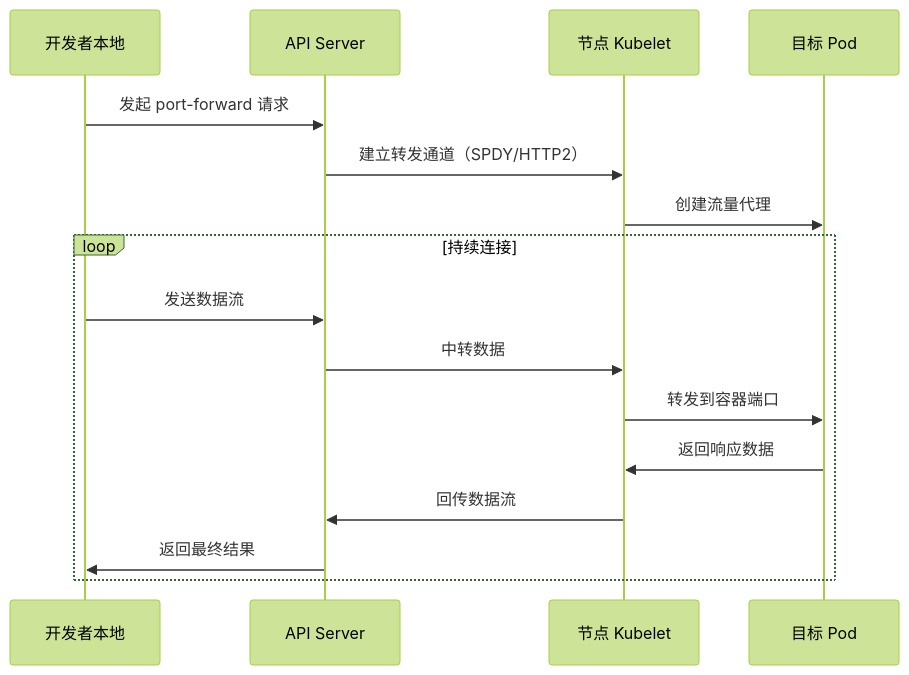
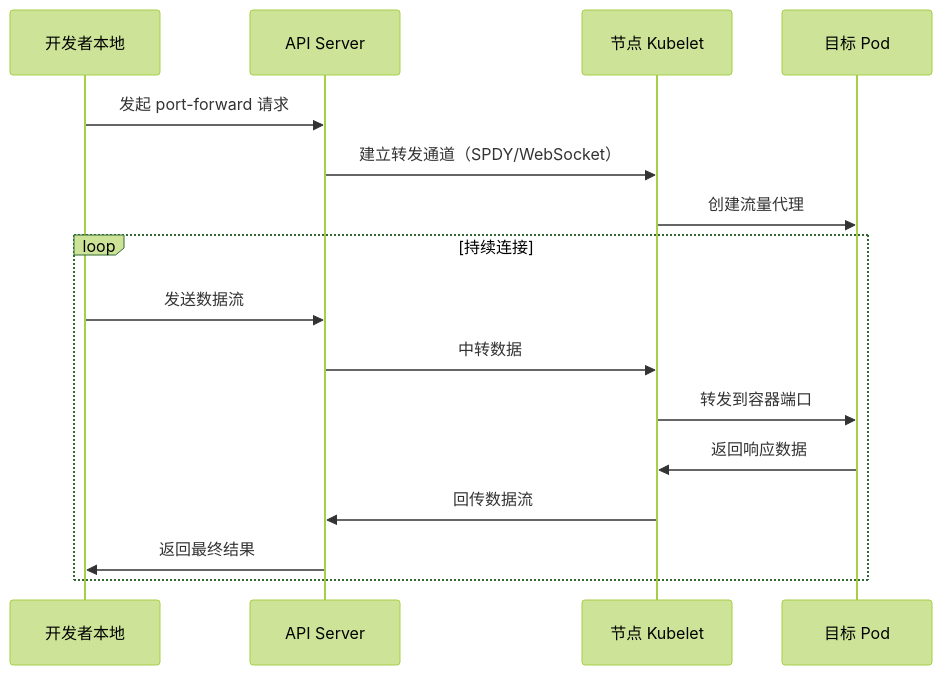
The diagram in 02-PODs-with-kubectl/kubectl-port-forward.md (leonstack/kubernetes-hands-on-course), drawn with Mermaid (forest theme) before and after one commit. The commit also changed other lines of this file and 2 other files, not shown here.

````diff
--- a/02-PODs-with-kubectl/kubectl-port-forward.md
+++ b/02-PODs-with-kubectl/kubectl-port-forward.md
@@ -79,19 +79,19 @@
 ```mermaid
 sequenceDiagram
     participant User as 开发者本地
     participant API as API Server
     participant Kubelet as 节点 Kubelet
     participant Pod as 目标 Pod
 
     User->>API: 发起 port-forward 请求
-    API->>Kubelet: 建立转发通道（SPDY/HTTP2）
+    API->>Kubelet: 建立转发通道（SPDY/WebSocket）
     Kubelet->>Pod: 创建流量代理
     loop 持续连接
         User->>API: 发送数据流
         API->>Kubelet: 中转数据
         Kubelet->>Pod: 转发到容器端口
         Pod->>Kubelet: 返回响应数据
         Kubelet->>API: 回传数据流
         API->>User: 返回最终结果
     end
 ```
````
